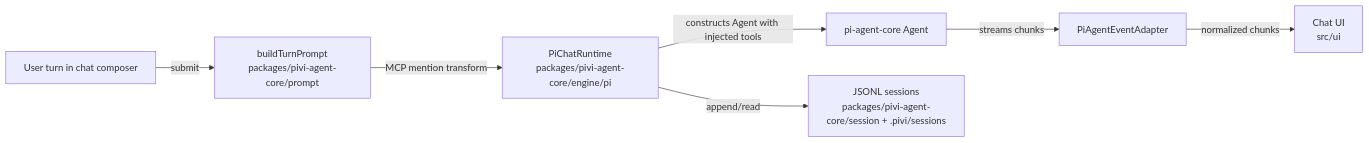
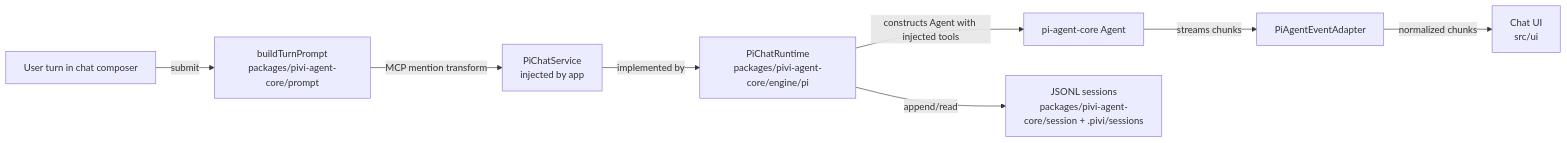
One commit to shuuul/obsidian-pivi changed the second of 3 diagrams in AGENTS.md. Above: the diagram before and after it, drawn with Mermaid. The commit also changed other lines of this file and 89 other files, not shown here.

````diff
--- a/AGENTS.md
+++ b/AGENTS.md
@@ -150,9 +158,10 @@
 ```mermaid
 flowchart LR
   User["User turn in chat composer"] -- "submit" --> Turn["buildTurnPrompt<br/>packages/pivi-agent-core/prompt"]
-  Turn -- "MCP mention transform" --> Runtime["PiChatRuntime<br/>packages/pivi-agent-core/engine/pi"]
+  Turn -- "MCP mention transform" --> Service["PiChatService<br/>injected by app"]
+  Service -- "implemented by" --> Runtime["PiChatRuntime<br/>packages/pivi-agent-core/engine/pi"]
   Runtime -- "constructs Agent with injected tools" --> Agent["pi-agent-core Agent"]
   Agent -- "streams chunks" --> Adapter["PiAgentEventAdapter"]
   Adapter -- "normalized chunks" --> UI["Chat UI<br/>src/ui"]
   Runtime -- "append/read" --> Session["JSONL sessions<br/>packages/pivi-agent-core/session + .pivi/sessions"]
 ```
````
